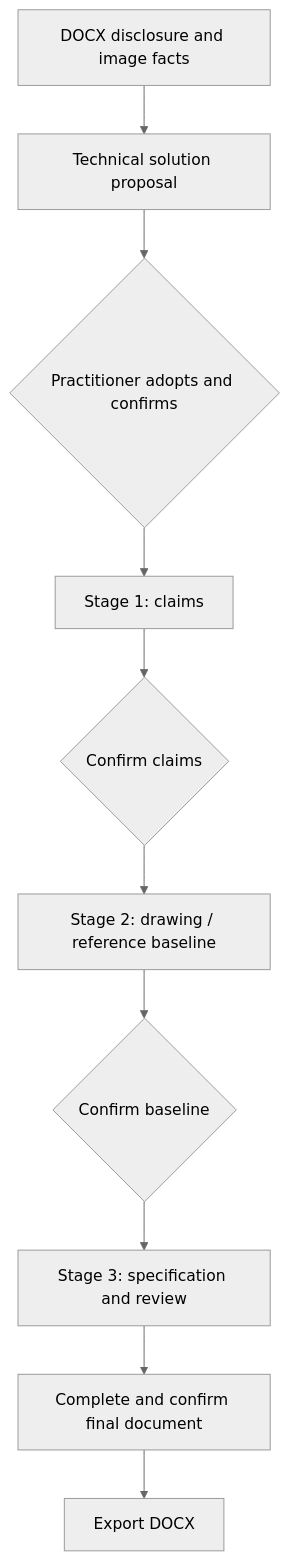
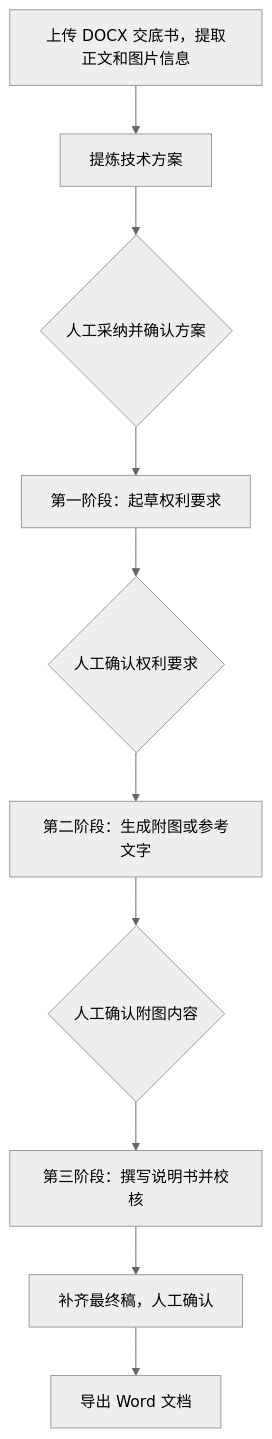
The diagram in README.md (orphanwarrior/028-ttc-showcase), drawn with Mermaid (neutral theme) before and after one commit. The commit also changed other lines of this file and 7 other files, not shown here.

Commit message:
把项目介绍、使用说明和架构图改为中文

````diff
--- a/README.md
+++ b/README.md
@@ -21,12 +21,12 @@
 ```mermaid
 flowchart TD
-  A["DOCX disclosure and image facts"] --> B["Technical solution proposal"]
-  B --> C{"Practitioner adopts and confirms"}
-  C --> D["Stage 1: claims"]
-  D --> E{"Confirm claims"}
-  E --> F["Stage 2: drawing / reference baseline"]
-  F --> G{"Confirm baseline"}
-  G --> H["Stage 3: specification and review"]
-  H --> I["Complete and confirm final document"]
-  I --> J["Export DOCX"]
+  A["上传 DOCX 交底书，提取正文和图片信息"] --> B["提炼技术方案"]
+  B --> C{"人工采纳并确认方案"}
+  C --> D["第一阶段：起草权利要求"]
+  D --> E{"人工确认权利要求"}
+  E --> F["第二阶段：生成附图或参考文字"]
+  F --> G{"人工确认附图内容"}
+  G --> H["第三阶段：撰写说明书并校核"]
+  H --> I["补齐最终稿，人工确认"]
+  I --> J["导出 Word 文档"]
 ```
````
